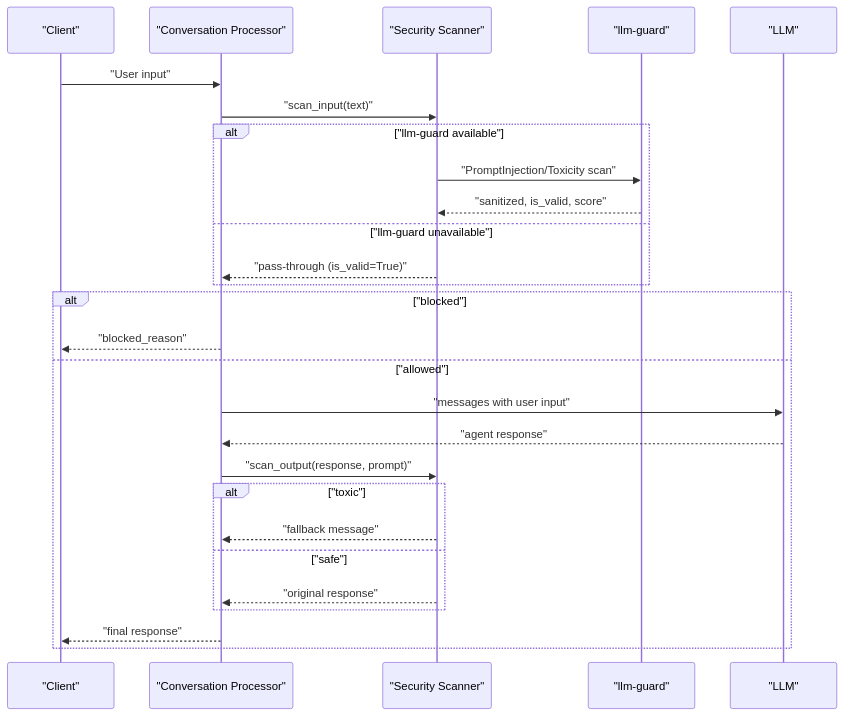
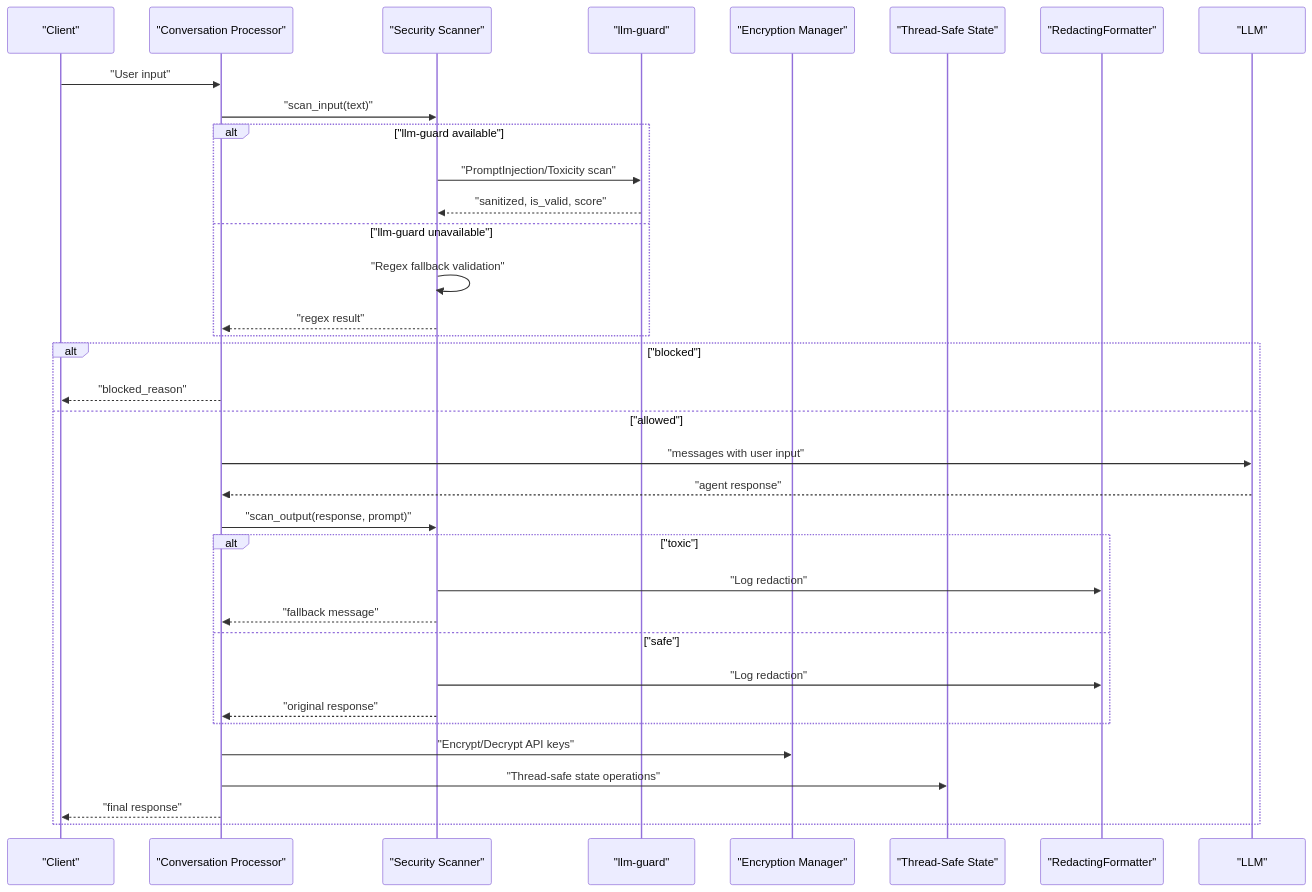
Before and after one commit to MOK-5-ha/MayaMCP: the second of 9 diagrams in .qoder/repowiki/en/content/Security & Safety Framework.md, drawn with Mermaid. The commit also changed other lines of this file and 27 other files, not shown here.

````diff
--- a/.qoder/repowiki/en/content/Security & Safety Framework.md
+++ b/.qoder/repowiki/en/content/Security & Safety Framework.md
@@ -89,29 +127,37 @@
 ```mermaid
 sequenceDiagram
 participant UI as "Client"
 participant Proc as "Conversation Processor"
 participant Sec as "Security Scanner"
 participant LG as "llm-guard"
+participant Enc as "Encryption Manager"
+participant TS as "Thread-Safe State"
+participant Log as "RedactingFormatter"
 participant LLM as "LLM"
 UI->>Proc : "User input"
 Proc->>Sec : "scan_input(text)"
 alt "llm-guard available"
 Sec->>LG : "PromptInjection/Toxicity scan"
 LG-->>Sec : "sanitized, is_valid, score"
 else "llm-guard unavailable"
-Sec-->>Proc : "pass-through (is_valid=True)"
+Sec->>Sec : "Regex fallback validation"
+Sec-->>Proc : "regex result"
 end
 alt "blocked"
 Proc-->>UI : "blocked_reason"
 else "allowed"
 Proc->>LLM : "messages with user input"
 LLM-->>Proc : "agent response"
 Proc->>Sec : "scan_output(response, prompt)"
 alt "toxic"
+Sec->>Log : "Log redaction"
 Sec-->>Proc : "fallback message"
 else "safe"
+Sec->>Log : "Log redaction"
 Sec-->>Proc : "original response"
 end
+Proc->>Enc : "Encrypt/Decrypt API keys"
+Proc->>TS : "Thread-safe state operations"
 Proc-->>UI : "final response"
 end
 ```
````
